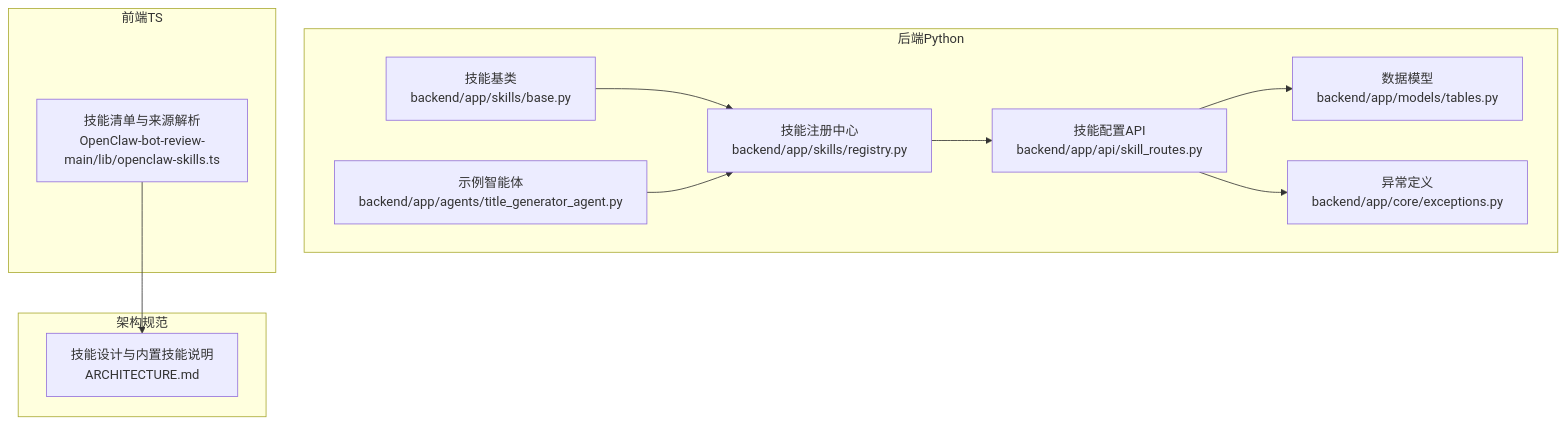
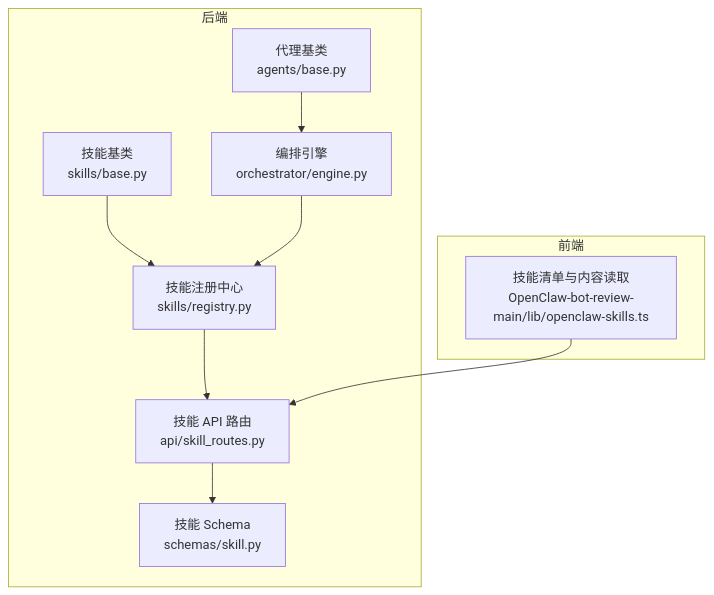
One commit to sansansansansan2022-web/hotclaw changed the first of 7 diagrams in .qoder/repowiki/zh/content/技能系统/技能系统.md. Above: the diagram before and after it, drawn with Mermaid. The commit also changed other lines of this file and 288 other files, not shown here.

````diff
--- a/.qoder/repowiki/zh/content/技能系统/技能系统.md
+++ b/.qoder/repowiki/zh/content/技能系统/技能系统.md
@@ -49,23 +39,20 @@
 ```mermaid
 graph TB
-subgraph "后端Python"
-A["技能基类<br/>backend/app/skills/base.py"]
-B["技能注册中心<br/>backend/app/skills/registry.py"]
-C["技能配置API<br/>backend/app/api/skill_routes.py"]
-D["数据模型<br/>backend/app/models/tables.py"]
-E["异常定义<br/>backend/app/core/exceptions.py"]
-F["示例智能体<br/>backend/app/agents/title_generator_agent.py"]
+subgraph "后端"
+A["技能基类<br/>skills/base.py"]
+B["技能注册中心<br/>skills/registry.py"]
+C["技能 API 路由<br/>api/skill_routes.py"]
+D["技能 Schema<br/>schemas/skill.py"]
+E["代理基类<br/>agents/base.py"]
+F["编排引擎<br/>orchestrator/engine.py"]
 end
-subgraph "前端TS"
-G["技能清单与来源解析<br/>OpenClaw-bot-review-main/lib/openclaw-skills.ts"]
-end
-subgraph "架构规范"
-H["技能设计与内置技能说明<br/>ARCHITECTURE.md"]
+subgraph "前端"
+G["技能清单与内容读取<br/>OpenClaw-bot-review-main/lib/openclaw-skills.ts"]
 end
 A --> B
 B --> C
 C --> D
-C --> E
+E --> F
 F --> B
-G --> H
+G --> C
 ```
````
